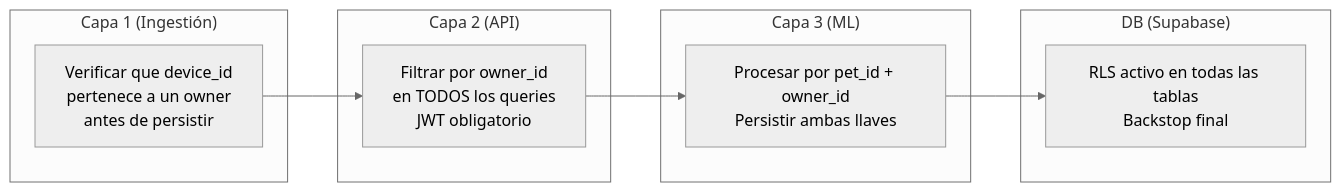
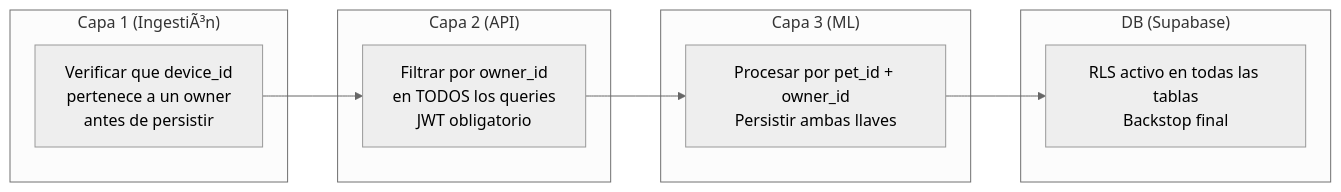
The sixth of 6 diagrams in Docs/KittyPau_Arquitectura_Datos_v3.md (kittypau-mascotas/kittypau_2026), drawn with Mermaid (neutral theme) before and after one commit. The commit also changed other lines of this file and 6 other files, not shown here.

````diff
--- a/Docs/KittyPau_Arquitectura_Datos_v3.md
+++ b/Docs/KittyPau_Arquitectura_Datos_v3.md
@@ -895,16 +897,16 @@
 ```mermaid
 graph LR
-    subgraph "Capa 1 (Ingestión)"
+    subgraph "Capa 1 (IngestiÃ³n)"
         C1V[Verificar que device_id\npertenece a un owner\nantes de persistir]
     end
     subgraph "Capa 2 (API)"
         C2V[Filtrar por owner_id\nen TODOS los queries\nJWT obligatorio]
     end
     subgraph "Capa 3 (ML)"
         C3V[Procesar por pet_id + owner_id\nPersistir ambas llaves]
     end
     subgraph "DB (Supabase)"
         RLS[RLS activo en todas las tablas\nBackstop final]
     end
     C1V --> C2V --> C3V --> RLS
 ```
````
